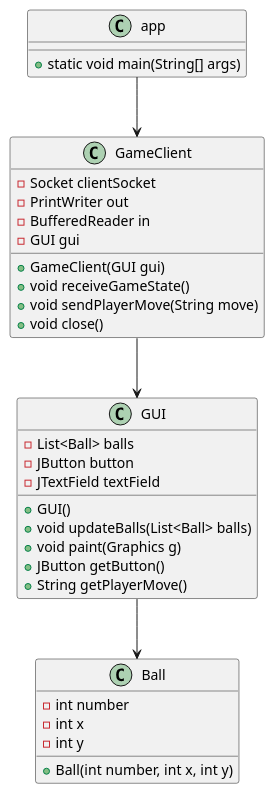
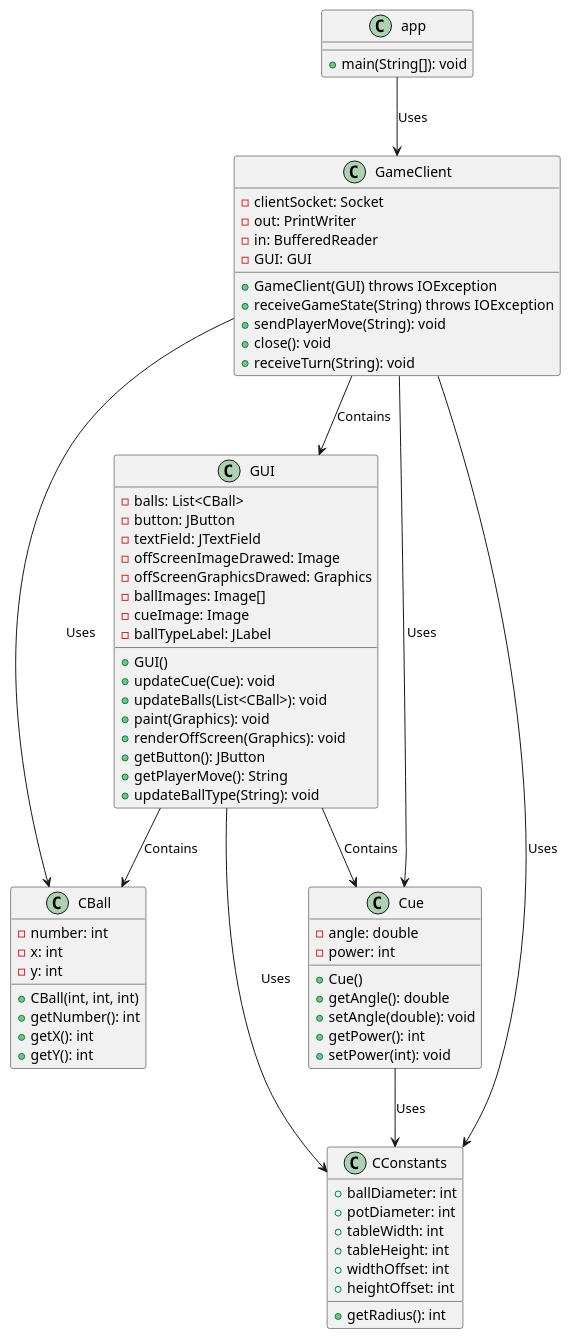
Before and after one commit to BmmNdr/8Ball: the diagram in UML/ClientClassDiagram.puml, drawn with PlantUML. The commit also changed 2 other files, not shown here.

Commit message:
Update Client Class Diagram

```diff
--- a/UML/ClientClassDiagram.puml
+++ b/UML/ClientClassDiagram.puml
@@ -1,40 +1,86 @@
-@startuml Client_ClassDiagram
+@startuml ClientClass
 
-class app {
-    +static void main(String[] args)
+class GameClient {
+    - clientSocket: Socket
+    - out: PrintWriter
+    - in: BufferedReader
+    - GUI: GUI
+
+    + GameClient(GUI) throws IOException
+    + receiveGameState(String) throws IOException
+    + sendPlayerMove(String): void
+    + close(): void
+    + receiveTurn(String): void
 }
 
 class GUI {
-    -List<Ball> balls
-    -JButton button
-    -JTextField textField
-    +GUI()
-    +void updateBalls(List<Ball> balls)
-    +void paint(Graphics g)
-    +JButton getButton()
-    +String getPlayerMove()
+    - balls: List<CBall>
+    - button: JButton
+    - textField: JTextField
+    - offScreenImageDrawed: Image
+    - offScreenGraphicsDrawed: Graphics
+    - ballImages: Image[]
+    - cueImage: Image
+    - ballTypeLabel: JLabel
+
+    + GUI()
+    + updateCue(Cue): void
+    + updateBalls(List<CBall>): void
+    + paint(Graphics): void
+    + renderOffScreen(Graphics): void
+    + getButton(): JButton
+    + getPlayerMove(): String
+    + updateBallType(String): void
 }
 
-class GameClient {
-    -Socket clientSocket
-    -PrintWriter out
-    -BufferedReader in
-    -GUI gui
-    +GameClient(GUI gui)
-    +void receiveGameState()
-    +void sendPlayerMove(String move)
-    +void close()
+class CBall {
+    - number: int
+    - x: int
+    - y: int
+
+    + CBall(int, int, int)
+    + getNumber(): int
+    + getX(): int
+    + getY(): int
 }
 
-class Ball {
-    -int number
-    -int x
-    -int y
-    +Ball(int number, int x, int y)
+class Cue {
+    - angle: double
+    - power: int
+
+    + Cue()
+    + getAngle(): double
+    + setAngle(double): void
+    + getPower(): int
+    + setPower(int): void
 }
 
-app --> GameClient
-GameClient --> GUI
-GUI --> Ball
+class CConstants {
+    + ballDiameter: int
+    + potDiameter: int
+    + tableWidth: int
+    + tableHeight: int
+    + widthOffset: int
+    + heightOffset: int
+
+    + getRadius(): int
+}
+
+class app {
+    + main(String[]): void
+}
+
+GameClient --> GUI: Contains
+GameClient --> CBall: Uses
+GameClient --> Cue: Uses
+GameClient --> CConstants: Uses
+
+GUI --> CBall: Contains
+GUI --> Cue: Contains
+GUI --> CConstants: Uses
+
+Cue --> CConstants: Uses
+
+app --> GameClient: Uses
 
 @enduml
```
